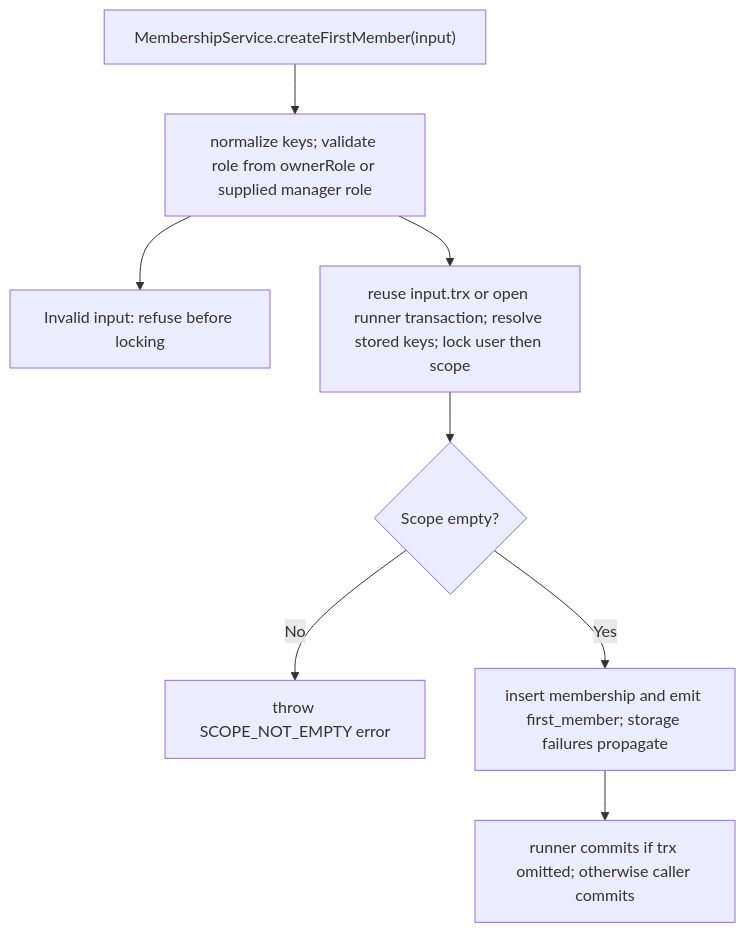
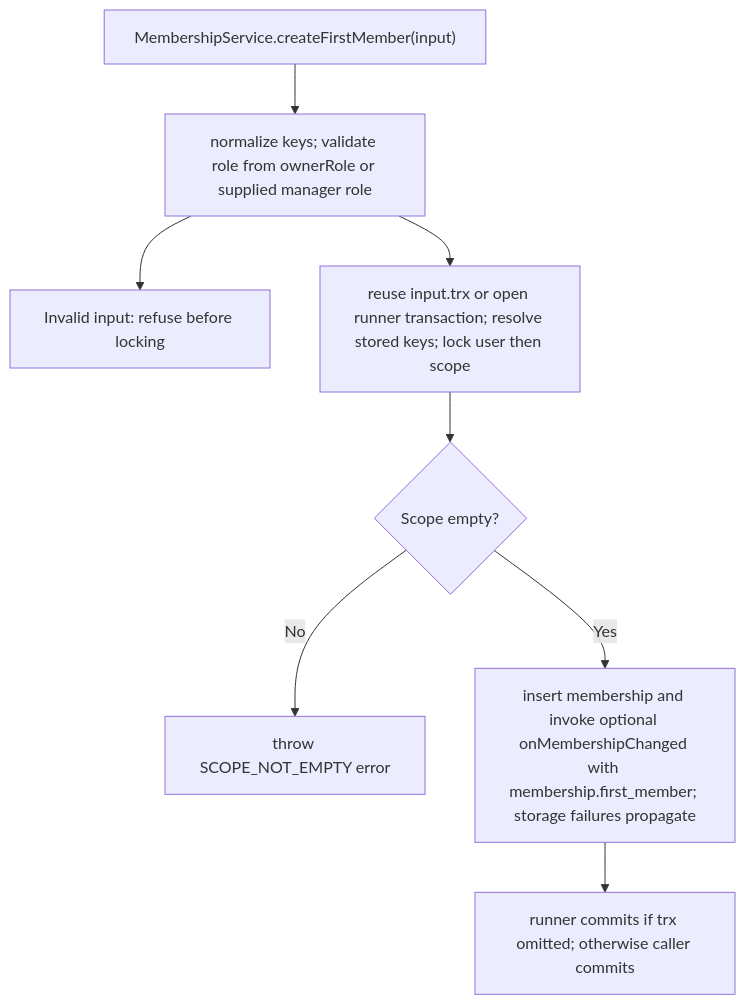
One commit to Kevinjohn/oss-adonisjs-access-control changed the second of 2 diagrams in user-stories/US-ACCESS-21-bootstrap-first-member.md. Above: the diagram before and after it, drawn with Mermaid. The commit also changed other lines of this file and 22 other files, not shown here.

````diff
--- a/user-stories/US-ACCESS-21-bootstrap-first-member.md
+++ b/user-stories/US-ACCESS-21-bootstrap-first-member.md
@@ -32,10 +32,10 @@
 ```mermaid
 flowchart TD
     A["MembershipService.createFirstMember(input)"] --> B["normalize keys; validate role from ownerRole or supplied manager role"]
     B --> X["Invalid input: refuse before locking"]
     B --> C["reuse input.trx or open runner transaction; resolve stored keys; lock user then scope"]
     C --> D{"Scope empty?"}
     D -->|No| E["throw SCOPE_NOT_EMPTY error"]
-    D -->|Yes| F["insert membership and emit first_member; storage failures propagate"]
+    D -->|Yes| F["insert membership and invoke optional onMembershipChanged with membership.first_member; storage failures propagate"]
     F --> G["runner commits if trx omitted; otherwise caller commits"]
 ```
````
